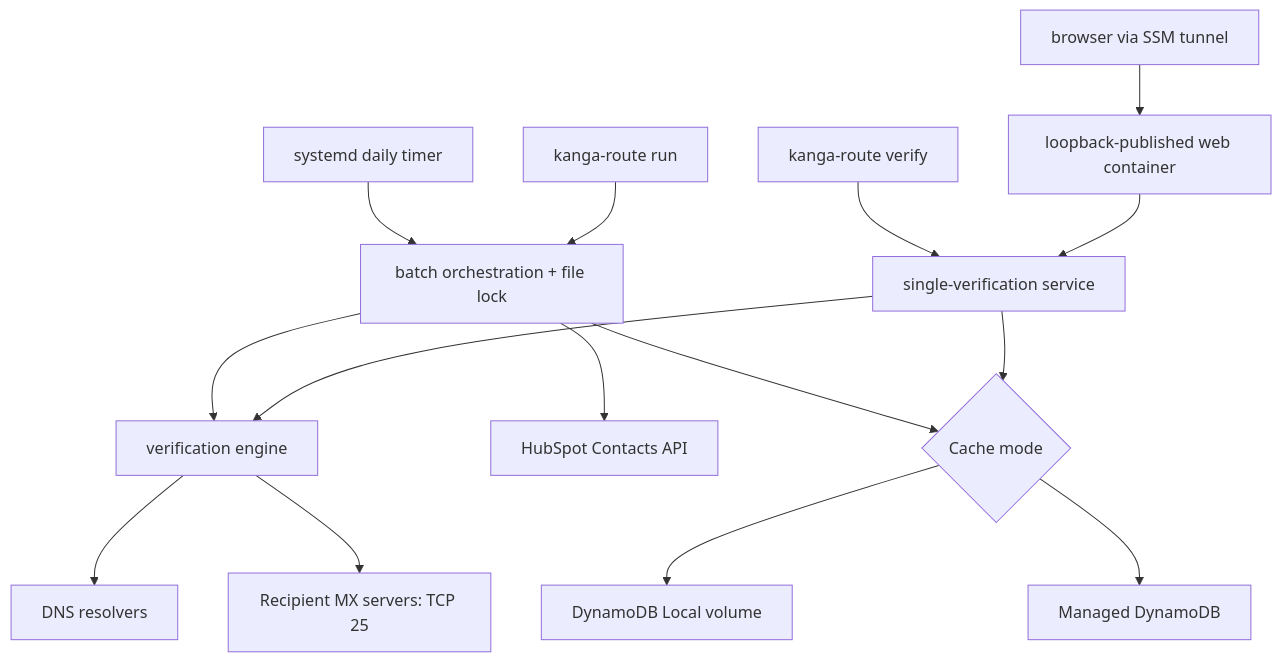
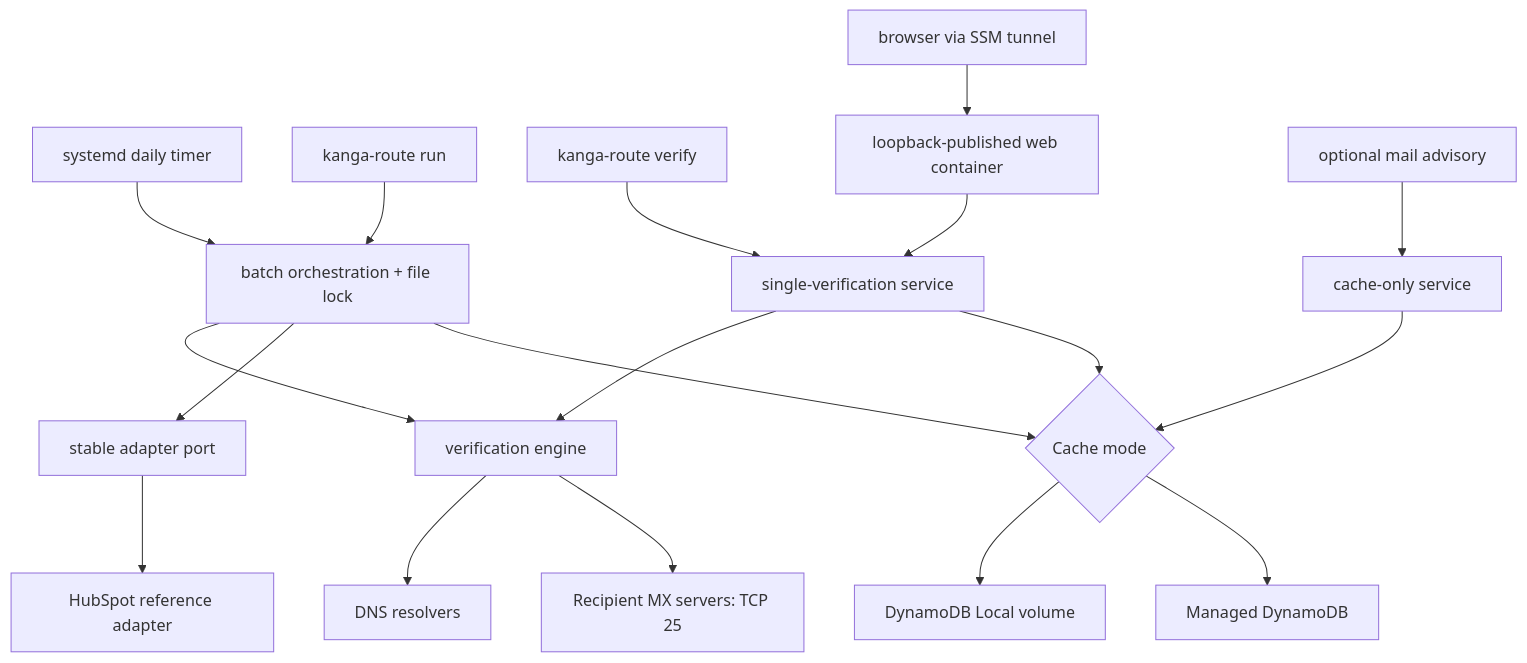
One commit to kanga-route/kanga-route changed the diagram in docs/architecture.md. Above: the diagram before and after it, drawn with Mermaid. The commit also changed other lines of this file and 38 other files, not shown here.

First line of the commit message:
feat: add stable adapter seams and fail-open mail advice (#27)

````diff
--- a/docs/architecture.md
+++ b/docs/architecture.md
@@ -6,17 +6,20 @@
 ```mermaid
 flowchart TD
     Timer["systemd daily timer"] --> Batch["batch orchestration + file lock"]
     CLI["kanga-route run"] --> Batch
     SingleCLI["kanga-route verify"] --> Single["single-verification service"]
     Browser["browser via SSM tunnel"] --> Web["loopback-published web container"]
     Web --> Single
     Batch --> Engine["verification engine"]
     Single --> Engine
-    Batch --> HubSpot["HubSpot Contacts API"]
+    Batch --> Port["stable adapter port"]
+    Port --> HubSpot["HubSpot reference adapter"]
     Engine --> DNS["DNS resolvers"]
     Engine --> MX["Recipient MX servers: TCP 25"]
     Batch --> Cache{"Cache mode"}
     Single --> Cache
+    Mail["optional mail advisory"] --> Advice["cache-only service"]
+    Advice --> Cache
     Cache --> Local["DynamoDB Local volume"]
     Cache --> Cloud["Managed DynamoDB"]
 ```
````
